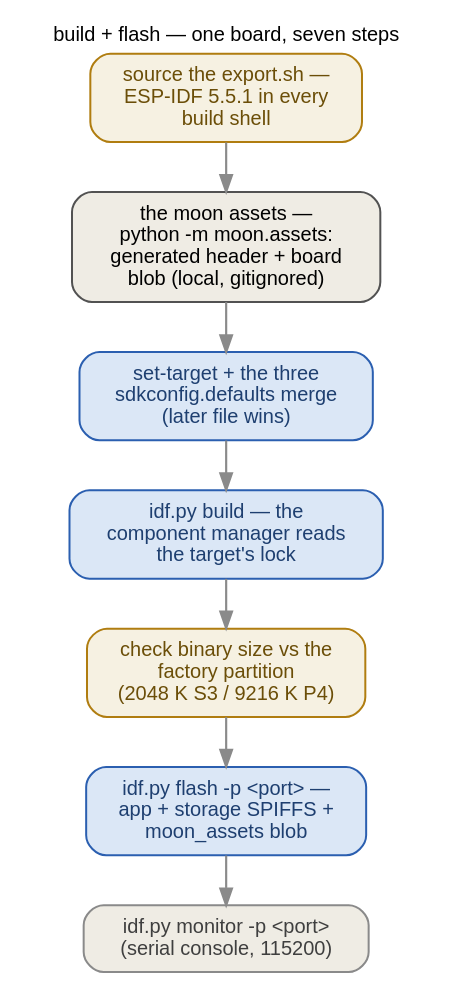
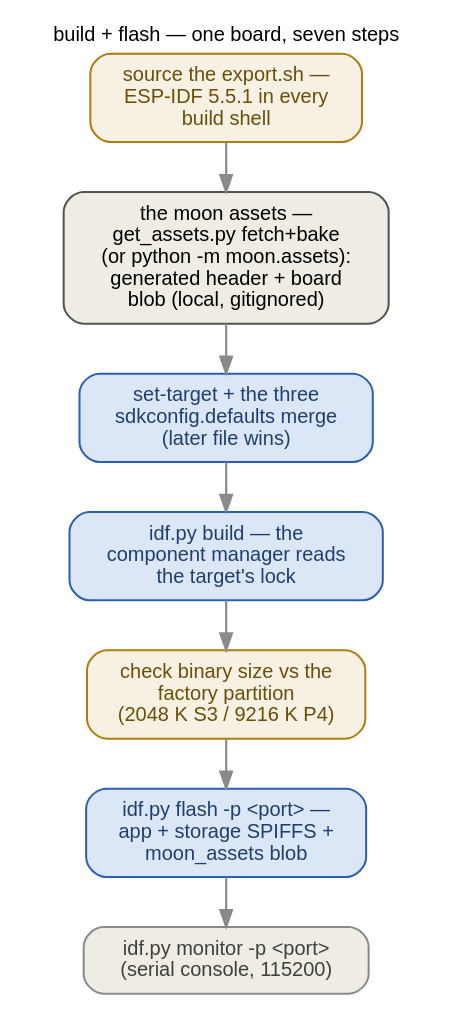
Before and after one commit to ukos-git/moon-clock-esp: the diagram in docs/_graphs/build-flash.dot, drawn with Graphviz. The commit also changed 15 other files, not shown here.

```diff
--- a/docs/_graphs/build-flash.dot
+++ b/docs/_graphs/build-flash.dot
@@ -1,61 +1,63 @@
 // Build + flash sequence for ONE board (port = <port>, the
 // identified node — never hard-coded: plug one board, watch which
 // /dev/ttyACM* node appears, confirm the chip with
 // esptool.py --port <port> chip_id before flashing; the mapping does
 // not survive a re-plug). The seven steps, in order (verified against
 // the root build flow):
 //   source ~/esp/esp-idf/export.sh — ESP-IDF 5.5.1 in every build
 //   shell;
-//   the moon assets are pre-baked locally and gitignored:
-//   cd assets/images/moon && .venv/bin/python -m moon.assets writes
+//   the moon assets are acquired and baked locally and gitignored:
+//   python3 assets/images/moon/get_assets.py fetches the NASA kit
+//   (sha256-pinned) and bakes; the bake alone is
+//   cd assets/images/moon && .venv/bin/python -m moon.assets, writing
 //   components/moon/generated/{s3,p4}/moon_consts.h and
 //   assets/images/moon/moon_assets.bin (the root CMakeLists
 //   FATAL_ERRORs on a width/manifest/partition mismatch — regenerate
 //   after touching the pipeline or MOON_ALBEDO_W);
 //   idf.py set-target merges the three sdkconfig.defaults files
 //   (later file wins) into the live sdkconfig — sdkconfig-merge.dot;
 //   idf.py build — the component manager resolves dependencies.lock
 //   (the P4 build: -D IDF_TARGET=esp32p4 -B build/p4, lock
 //   dependencies.lock.p4);
 //   CHECK the binary size against the factory partition: 2048 K S3 /
 //   9216 K P4 (the P4's 16 MB header warning from esptool is
 //   expected);
 //   idf.py flash -p <port> lands app + storage SPIFFS + the
 //   moon_assets blob;
 //   idf.py monitor -p <port> — serial console, 115200.
 // FONTS: 12 pt = the page's 16 px body text at 1:1 — kept inside the
 // content column.
 // Rendered inline as SVG by sphinx.ext.graphviz (dot on PATH).
 digraph build_flash {
     rankdir=TB;
     label="build + flash — one board, seven steps";
     labelloc="t"; labeljust="c";
     fontname="Helvetica"; fontsize=12;
     graph [nodesep=0.4, ranksep=0.42];
     node [fontname="Helvetica", fontsize=12, shape=box, style="rounded,filled",
           width=0, height=0, margin="0.16,0.10", fillcolor="#f2f2ef",
           color="#525252", penwidth=1.2];
     edge [fontname="Helvetica", fontsize=12, color="#8a8a8a", penwidth=1.3];
 
     env [label="source the export.sh —\nESP-IDF 5.5.1 in every\nbuild shell",
          fillcolor="#f6f1e2", color="#b07d10", fontcolor="#6b4e08"];
-    assets [label="the moon assets —\npython -m moon.assets:\ngenerated header + board\nblob (local, gitignored)",
+    assets [label="the moon assets —\nget_assets.py fetch+bake\n(or python -m moon.assets):\ngenerated header + board\nblob (local, gitignored)",
             fillcolor="#efece4"];
     cfg [label="set-target + the three\nsdkconfig.defaults merge\n(later file wins)",
          fillcolor="#dbe7f6", color="#2b5fb0", fontcolor="#1e3f70"];
     build [label="idf.py build — the\ncomponent manager reads\nthe target's lock",
            fillcolor="#dbe7f6", color="#2b5fb0", fontcolor="#1e3f70"];
     size [label="check binary size vs the\nfactory partition\n(2048 K S3 / 9216 K P4)",
           fillcolor="#f6f1e2", color="#b07d10", fontcolor="#6b4e08"];
     flash [label="idf.py flash -p <port> —\napp + storage SPIFFS +\nmoon_assets blob",
            fillcolor="#dbe7f6", color="#2b5fb0", fontcolor="#1e3f70"];
     mon [label="idf.py monitor -p <port>\n(serial console, 115200)",
          fillcolor="#efece4", color="#8a8a8a", fontcolor="#3f3f3f"];
 
     env -> assets;
     assets -> cfg;
     cfg -> build;
     build -> size;
     size -> flash;
     flash -> mon;
 }
```
